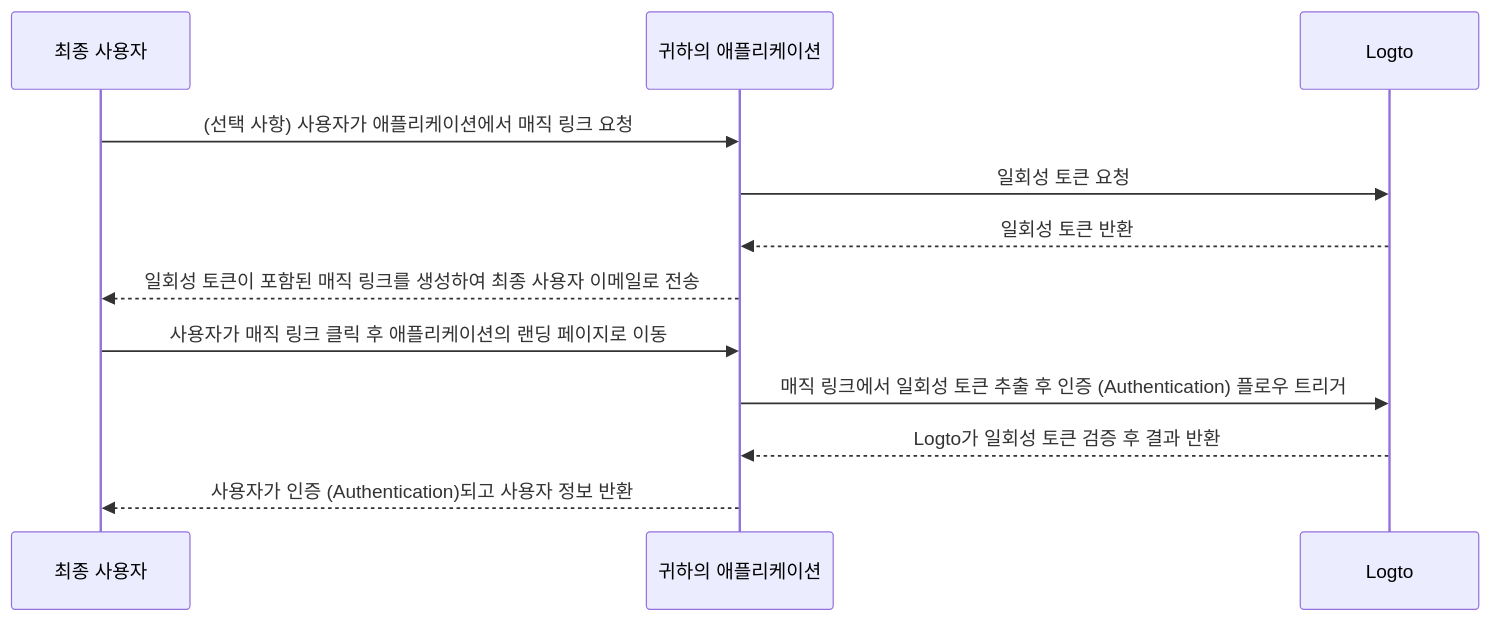
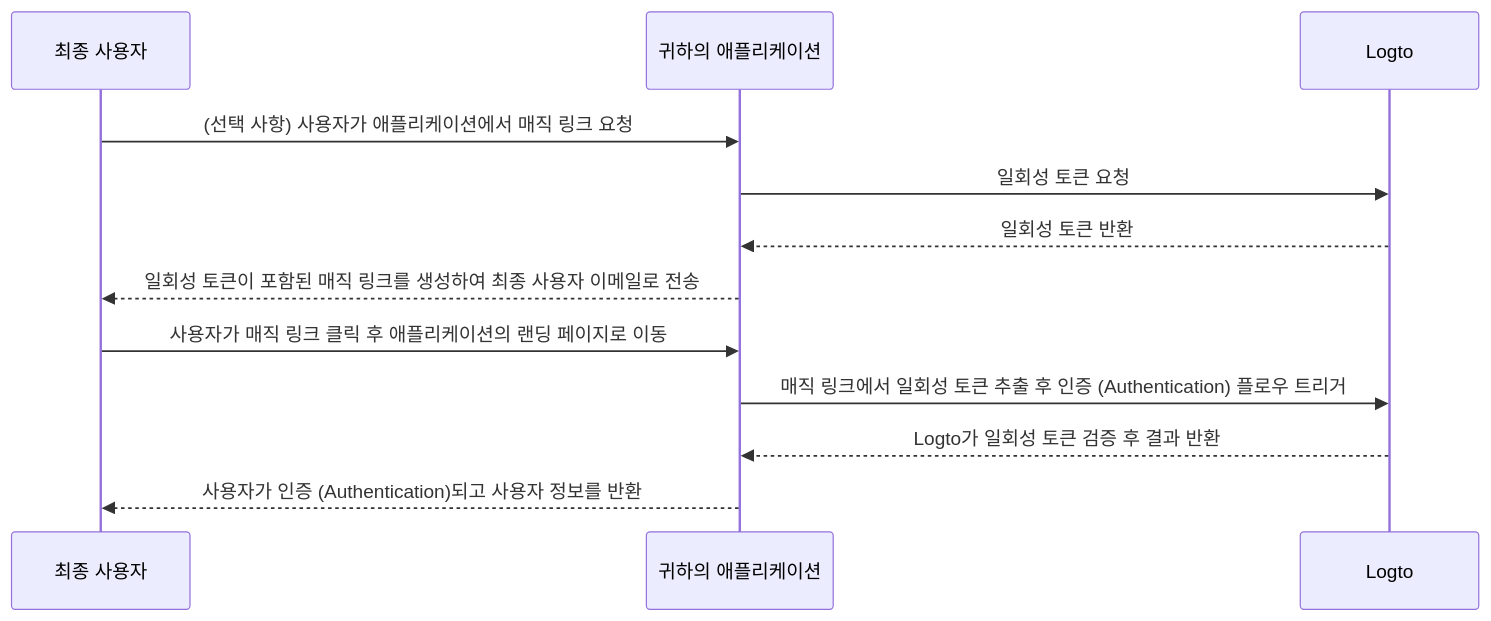
Before and after one commit to logto-io/docs: the diagram in i18n/ko/docusaurus-plugin-content-docs/current/end-user-flows/one-time-token.mdx, drawn with Mermaid. The commit also changed other lines of this file and 37 other files, not shown here.

````diff
--- a/i18n/ko/docusaurus-plugin-content-docs/current/end-user-flows/one-time-token.mdx
+++ b/i18n/ko/docusaurus-plugin-content-docs/current/end-user-flows/one-time-token.mdx
@@ -24,15 +40,15 @@
 ```mermaid
 sequenceDiagram
   participant U as 최종 사용자
   participant C as 귀하의 애플리케이션
   participant L as Logto
 
   U ->> C: (선택 사항) 사용자가 애플리케이션에서 매직 링크 요청
   C ->> L: 일회성 토큰 요청
   L -->> C: 일회성 토큰 반환
   C -->> U: 일회성 토큰이 포함된 매직 링크를 생성하여 최종 사용자 이메일로 전송
   U ->> C: 사용자가 매직 링크 클릭 후 애플리케이션의 랜딩 페이지로 이동
   C ->> L: 매직 링크에서 일회성 토큰 추출 후 인증 (Authentication) 플로우 트리거
   L -->> C: Logto가 일회성 토큰 검증 후 결과 반환
-  C -->> U: 사용자가 인증 (Authentication)되고 사용자 정보 반환
+  C -->> U: 사용자가 인증 (Authentication)되고 사용자 정보를 반환
 ```
````
